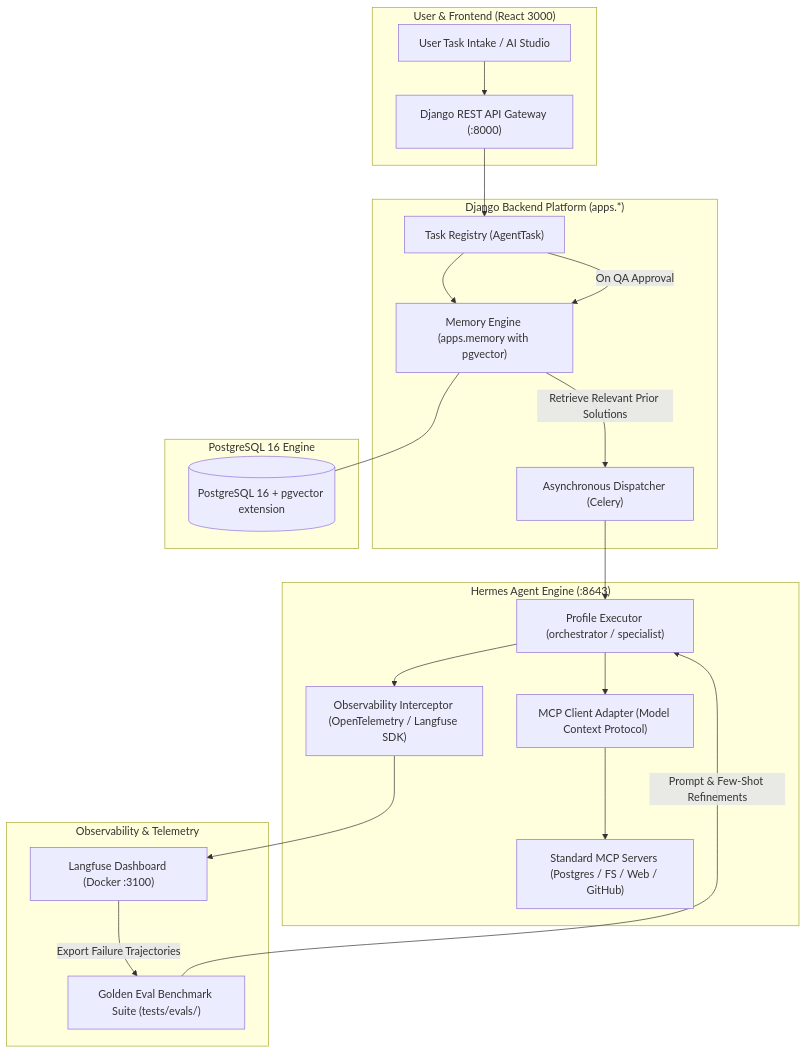
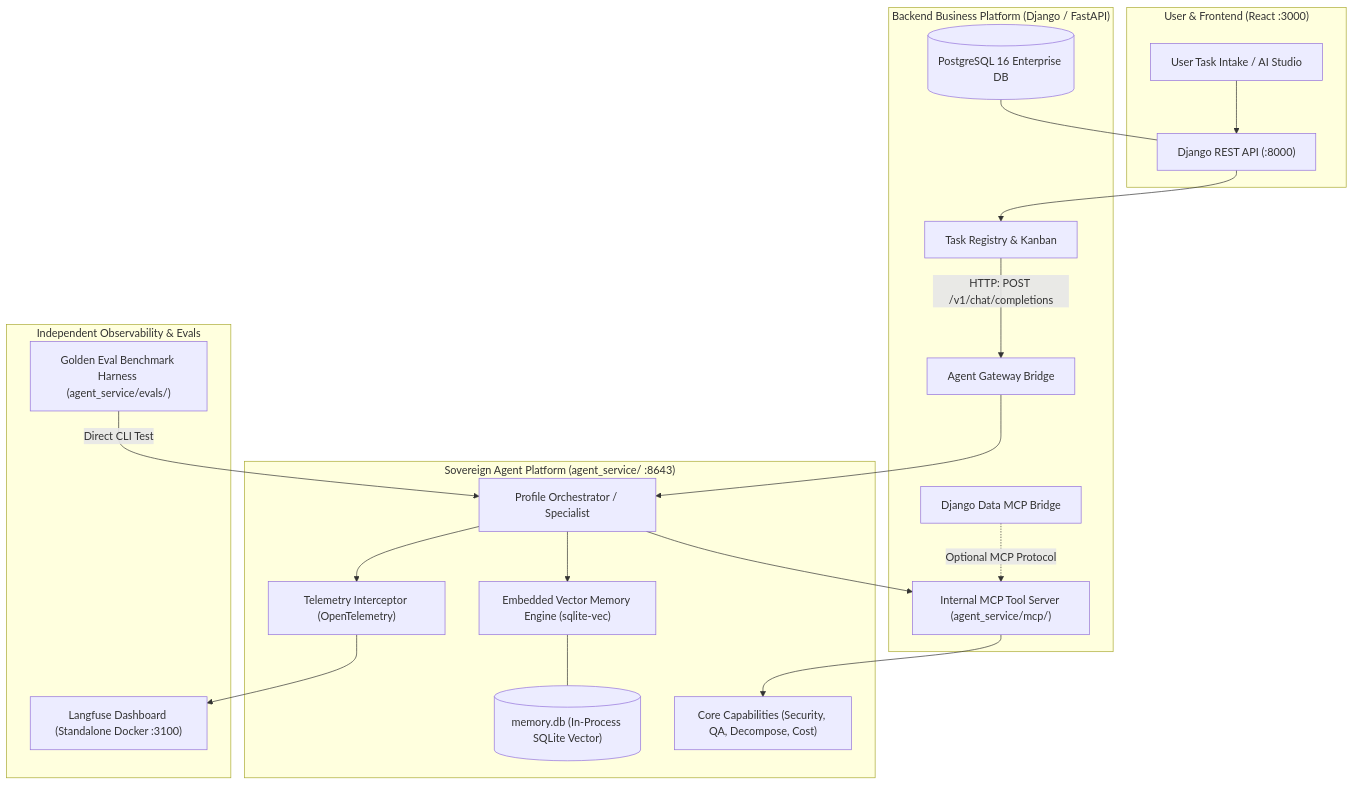
One commit to devalees/ai_system_template changed the diagram in docs/plans/enterprise_agent_upgrade_plan.md. Above: the diagram before and after it, drawn with Mermaid. The commit also changed other lines of this file and 1 other file, not shown here.

Commit message:
docs(plan): refactor enterprise agent upgrade plan to Sovereign Decoupled Architecture

````diff
--- a/docs/plans/enterprise_agent_upgrade_plan.md
+++ b/docs/plans/enterprise_agent_upgrade_plan.md
@@ -53,30 +76,27 @@
 ```mermaid
 flowchart TD
-    subgraph UI ["User & Frontend (React 3000)"]
-        A["User Task Intake / AI Studio"] --> B["Django REST API Gateway (:8000)"]
+    subgraph UI ["User & Frontend (React :3000)"]
+        A["User Task Intake / AI Studio"] --> B["Django REST API (:8000)"]
     end
 
-    subgraph Backend ["Django Backend Platform (apps.*)"]
-        B --> C["Task Registry (AgentTask)"]
-        C --> D["Memory Engine (apps.memory with pgvector)"]
-        D -->|Retrieve Relevant Prior Solutions| E["Asynchronous Dispatcher (Celery)"]
-        C -->|On QA Approval| D
+    subgraph Backend ["Backend Business Platform (Django / FastAPI)"]
+        B --> C["Task Registry & Kanban"]
+        C -->|HTTP: POST /v1/chat/completions| D["Agent Gateway Bridge"]
+        E[("PostgreSQL 16 Enterprise DB")] --- B
+        F["Django Data MCP Bridge"] -.->|Optional MCP Protocol| G
     end
 
-    subgraph AgentCore ["Hermes Agent Engine (:8643)"]
-        E --> F["Profile Executor (orchestrator / specialist)"]
-        F --> G["MCP Client Adapter (Model Context Protocol)"]
-        G --> H["Standard MCP Servers (Postgres / FS / Web / GitHub)"]
-        F --> I["Observability Interceptor (OpenTelemetry / Langfuse SDK)"]
+    subgraph SovereignAgent ["Sovereign Agent Platform (agent_service/ :8643)"]
+        D --> H["Profile Orchestrator / Specialist"]
+        H --> I["Embedded Vector Memory Engine (sqlite-vec)"]
+        I --- J[("memory.db (In-Process SQLite Vector)")]
+        H --> G["Internal MCP Tool Server (agent_service/mcp/)"]
+        G --> K["Core Capabilities (Security, QA, Decompose, Cost)"]
+        H --> L["Telemetry Interceptor (OpenTelemetry)"]
     end
 
-    subgraph LLMOps ["Observability & Telemetry"]
-        I --> J["Langfuse Dashboard (Docker :3100)"]
-        J -->|Export Failure Trajectories| K["Golden Eval Benchmark Suite (tests/evals/)"]
-        K -->|Prompt & Few-Shot Refinements| F
-    end
-
-    subgraph Database ["PostgreSQL 16 Engine"]
-        D --- L[("PostgreSQL 16 + pgvector extension")]
+    subgraph LLMOps ["Independent Observability & Evals"]
+        L --> M["Langfuse Dashboard (Standalone Docker :3100)"]
+        N["Golden Eval Benchmark Harness (agent_service/evals/)"] -->|Direct CLI Test| H
     end
 ```
````
